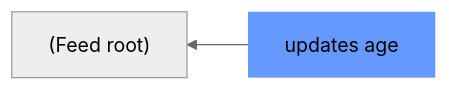
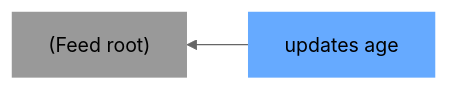
Before and after one commit to staltz/ppppp-dict: the second of 6 diagrams in protospec.md, drawn with Mermaid (neutral theme). The commit also changed other lines of this file, not shown here.

Commit message:
prettier protospec mermaid

````diff
--- a/protospec.md
+++ b/protospec.md
@@ -52,8 +53,9 @@
 ```mermaid
 graph RL
 
 R["(Feed root)"]:::feedroot
 A[updates age]:::blue
 A-->R
-classDef blue fill:#69f,stroke:#fff0,color:#000
+classDef default fill:#999,stroke:#fff0,color:#000
+classDef blue fill:#6af,stroke:#fff0,color:#000
 ```
````
